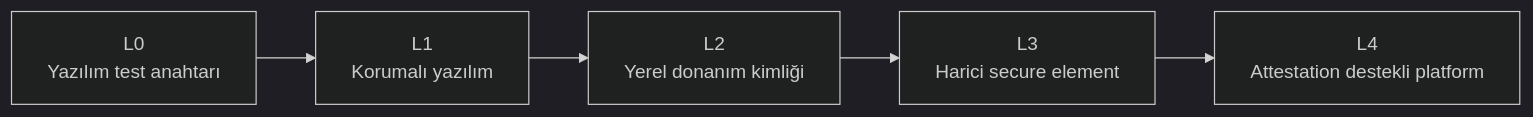
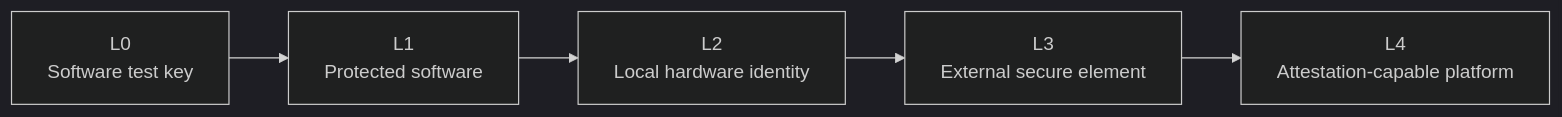
One commit to UfkuAcik/Embedded_Proof-of-Device_Network changed the ninth of 15 diagrams in README.md. Above: the diagram before and after it, drawn with Mermaid (dark theme). The commit also changed other lines of this file, not shown here.

````diff
--- a/README.md
+++ b/README.md
@@ -437,7 +447,7 @@
 ```mermaid
 flowchart LR
-    L0["L0<br/>Yazılım test anahtarı"] --> L1["L1<br/>Korumalı yazılım"]
-    L1 --> L2["L2<br/>Yerel donanım kimliği"]
-    L2 --> L3["L3<br/>Harici secure element"]
-    L3 --> L4["L4<br/>Attestation destekli platform"]
+    L0["L0<br/>Software test key"] --> L1["L1<br/>Protected software"]
+    L1 --> L2["L2<br/>Local hardware identity"]
+    L2 --> L3["L3<br/>External secure element"]
+    L3 --> L4["L4<br/>Attestation-capable platform"]
 ```
````
